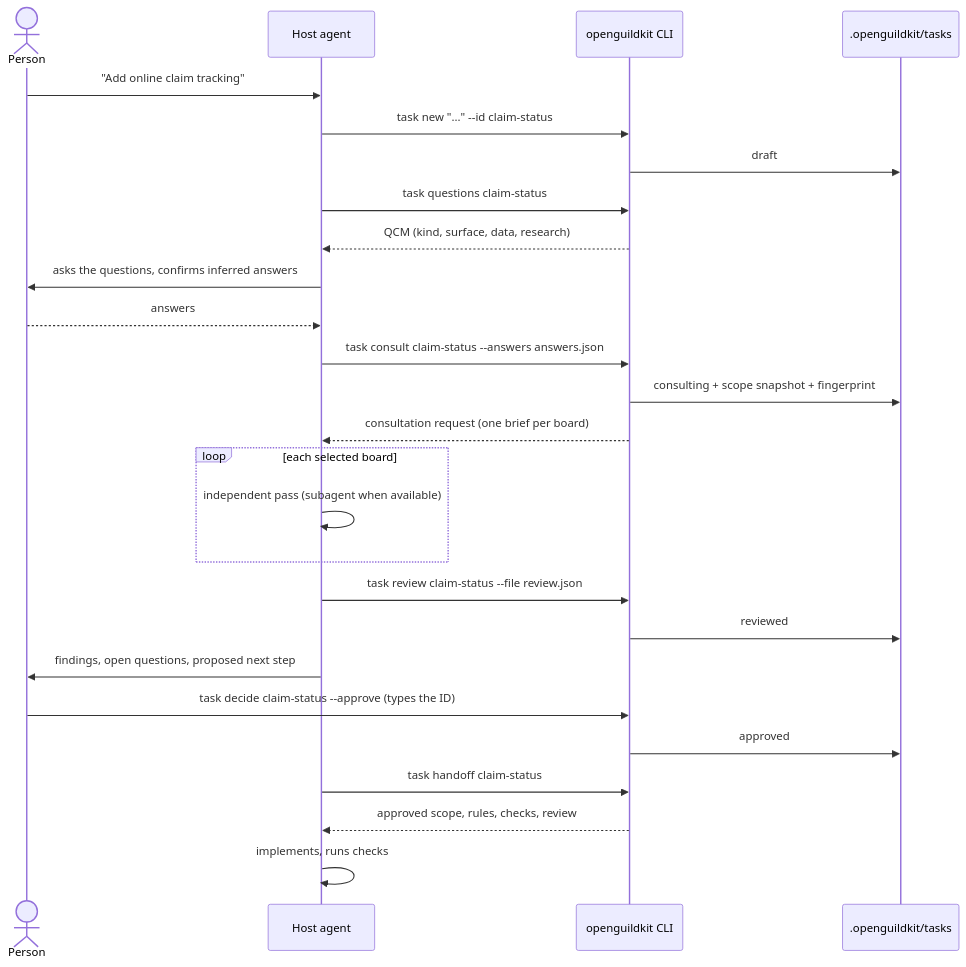
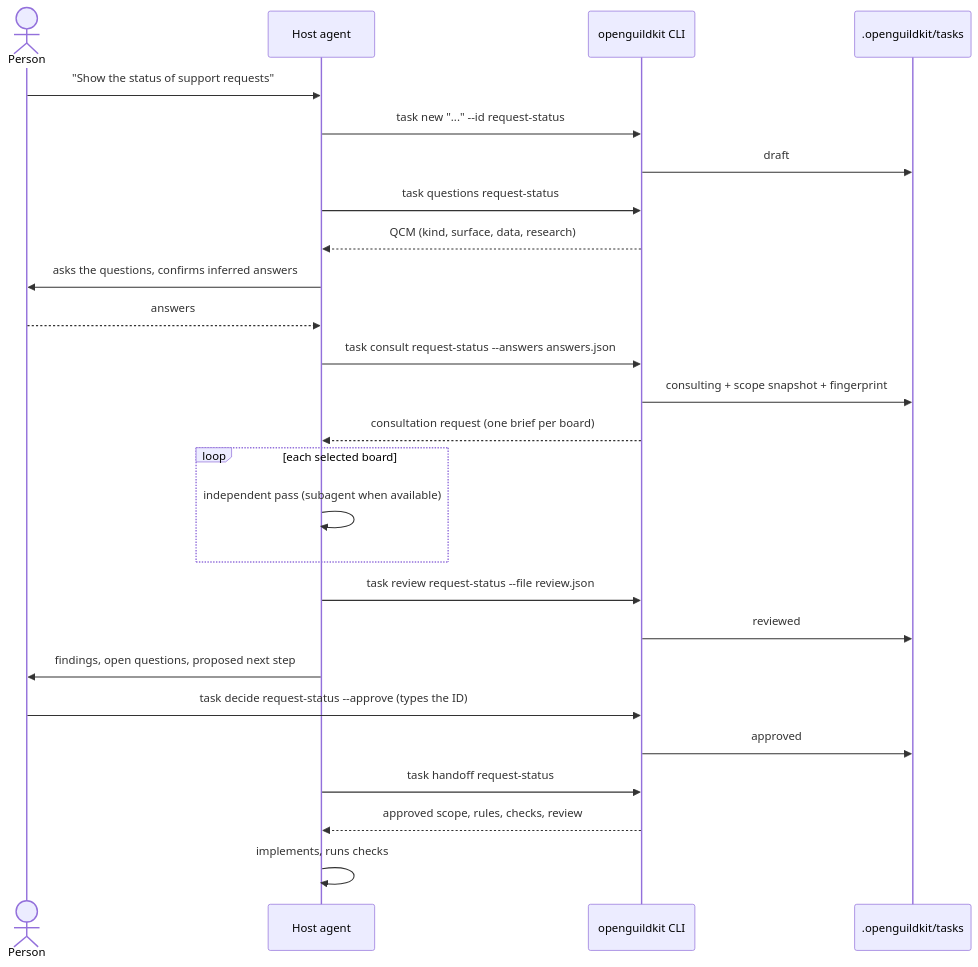
One commit to Sandbox-podcast/OpenGuildKit changed the second of 2 diagrams in docs/architecture.md. Above: the diagram before and after it, drawn with Mermaid. The commit also changed other lines of this file and 43 other files, not shown here.

````diff
--- a/docs/architecture.md
+++ b/docs/architecture.md
@@ -56,29 +56,29 @@
 ```mermaid
 sequenceDiagram
     actor U as Person
     participant A as Host agent
     participant C as openguildkit CLI
     participant F as .openguildkit/tasks
 
-    U->>A: "Add online claim tracking"
-    A->>C: task new "..." --id claim-status
+    U->>A: "Show the status of support requests"
+    A->>C: task new "..." --id request-status
     C->>F: draft
-    A->>C: task questions claim-status
+    A->>C: task questions request-status
     C-->>A: QCM (kind, surface, data, research)
     A->>U: asks the questions, confirms inferred answers
     U-->>A: answers
-    A->>C: task consult claim-status --answers answers.json
+    A->>C: task consult request-status --answers answers.json
     C->>F: consulting + scope snapshot + fingerprint
     C-->>A: consultation request (one brief per board)
     loop each selected board
         A->>A: independent pass (subagent when available)
     end
-    A->>C: task review claim-status --file review.json
+    A->>C: task review request-status --file review.json
     C->>F: reviewed
     A->>U: findings, open questions, proposed next step
-    U->>C: task decide claim-status --approve (types the ID)
+    U->>C: task decide request-status --approve (types the ID)
     C->>F: approved
-    A->>C: task handoff claim-status
+    A->>C: task handoff request-status
     C-->>A: approved scope, rules, checks, review
     A->>A: implements, runs checks
 ```
````
